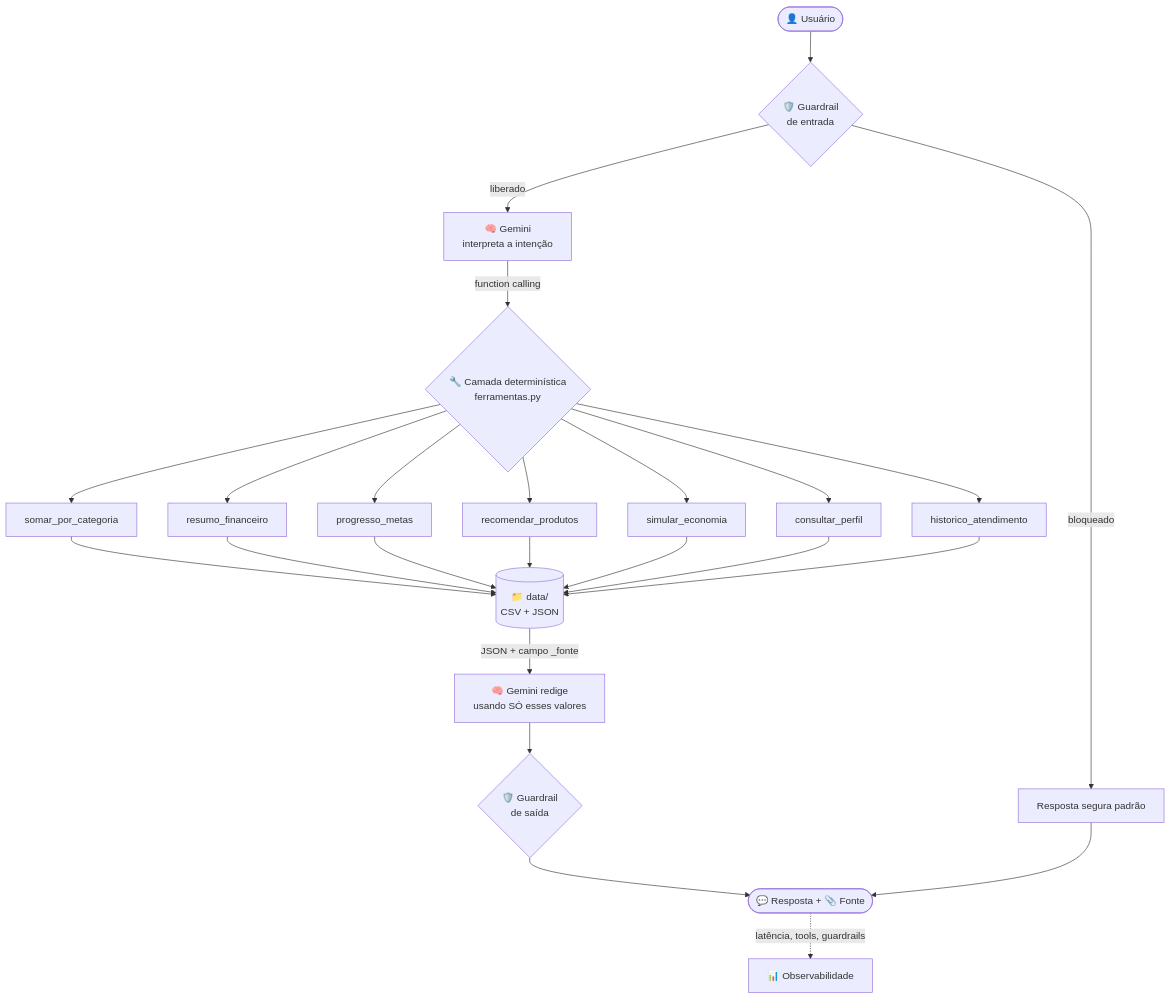
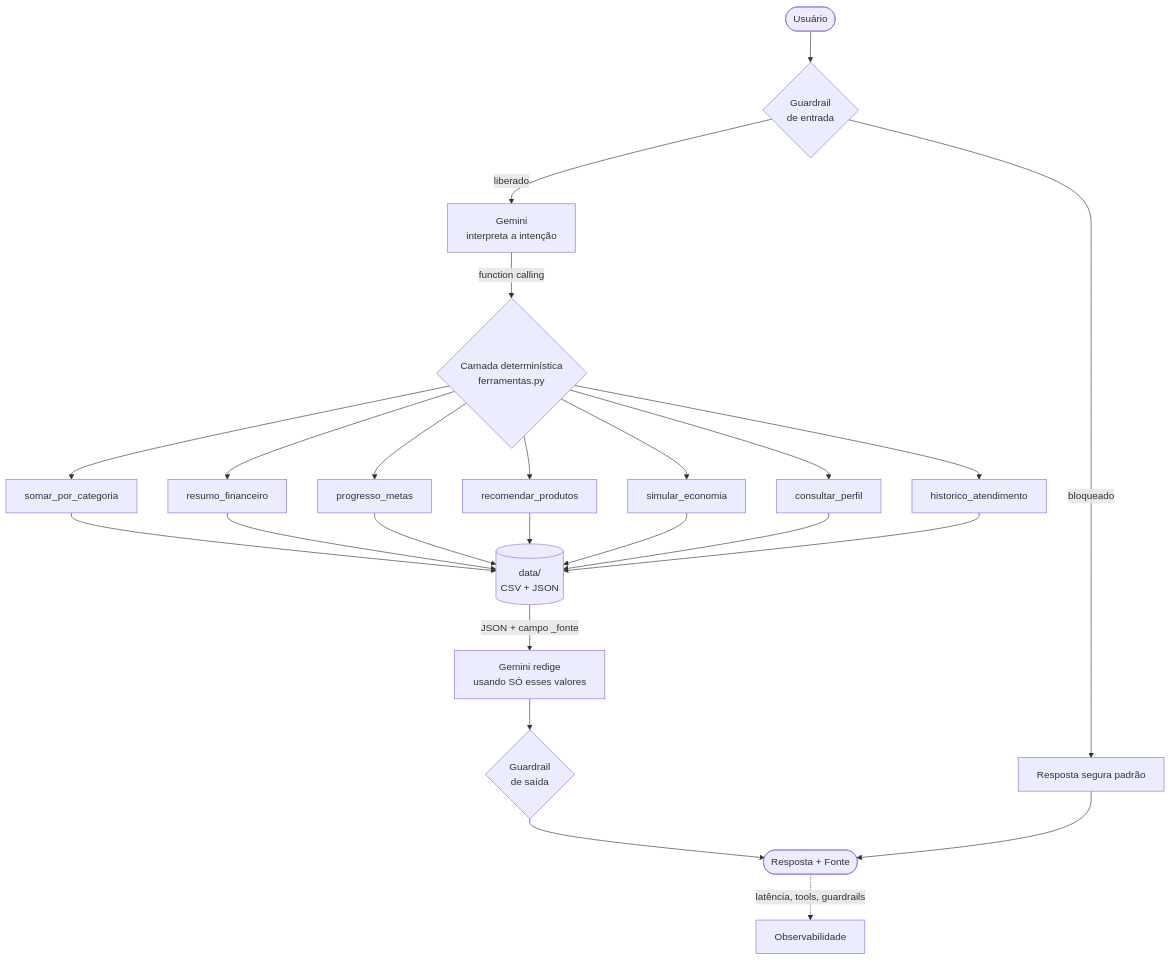
The diagram in docs/01-documentacao-agente.md (gabrielnasciimentoleandro-arch/dio-lab-bia-do-futuro), drawn with Mermaid before and after one commit. The commit also changed other lines of this file and 15 other files, not shown here.

Commit message:
Entrega: examples gerados, .env.example, roadmap de limites, remocao total de emojis, ENTREGA.md

````diff
--- a/docs/01-documentacao-agente.md
+++ b/docs/01-documentacao-agente.md
@@ -124,25 +124,25 @@
 ```mermaid
 flowchart TD
-    U([👤 Usuário]) --> GE{🛡️ Guardrail<br/>de entrada}
+    U([Usuário]) --> GE{Guardrail<br/>de entrada}
     GE -->|bloqueado| BLOCK[Resposta segura padrão]
-    GE -->|liberado| LLM[🧠 Gemini<br/>interpreta a intenção]
+    GE -->|liberado| LLM[Gemini<br/>interpreta a intenção]
 
-    LLM -->|function calling| T{🔧 Camada determinística<br/>ferramentas.py}
+    LLM -->|function calling| T{Camada determinística<br/>ferramentas.py}
 
     T --> T1[somar_por_categoria]
     T --> T2[resumo_financeiro]
     T --> T3[progresso_metas]
     T --> T4[recomendar_produtos]
     T --> T5[simular_economia]
     T --> T6[consultar_perfil]
     T --> T7[historico_atendimento]
 
-    T1 & T2 & T3 & T4 & T5 & T6 & T7 --> D[(📁 data/<br/>CSV + JSON)]
+    T1 & T2 & T3 & T4 & T5 & T6 & T7 --> D[(data/<br/>CSV + JSON)]
 
-    D -->|JSON + campo _fonte| LLM2[🧠 Gemini redige<br/>usando SÓ esses valores]
-    LLM2 --> GS{🛡️ Guardrail<br/>de saída}
-    GS --> R([💬 Resposta + 📎 Fonte])
+    D -->|JSON + campo _fonte| LLM2[Gemini redige<br/>usando SÓ esses valores]
+    LLM2 --> GS{Guardrail<br/>de saída}
+    GS --> R([Resposta + Fonte])
     BLOCK --> R
 
-    R -.->|latência, tools, guardrails| LOG[📊 Observabilidade]
+    R -.->|latência, tools, guardrails| LOG[Observabilidade]
 ```
````
